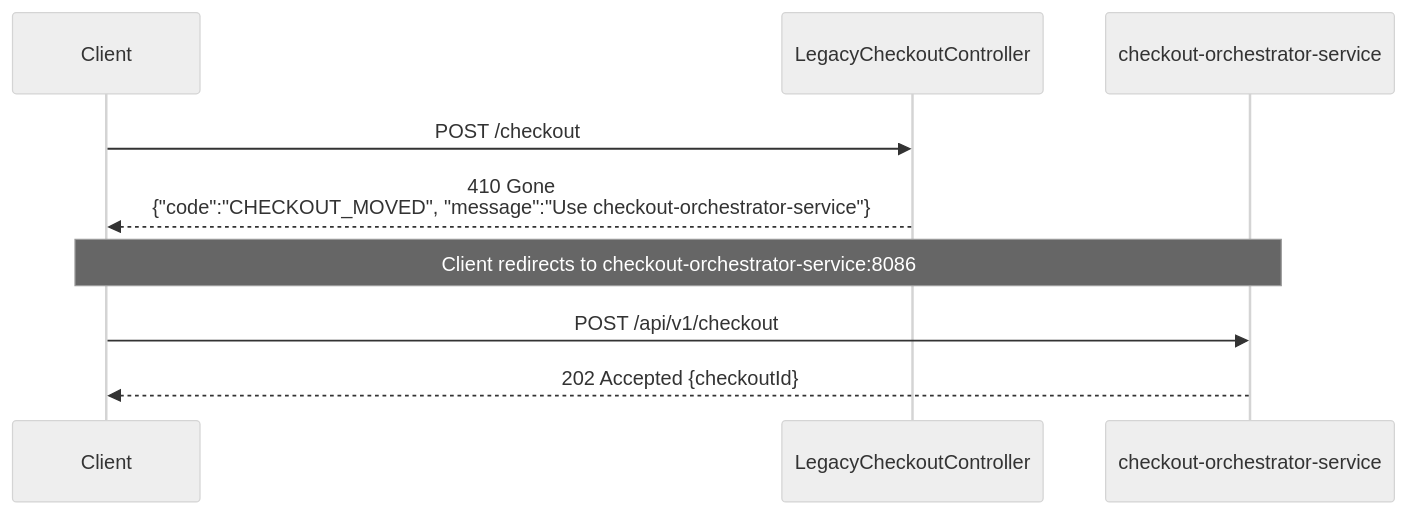
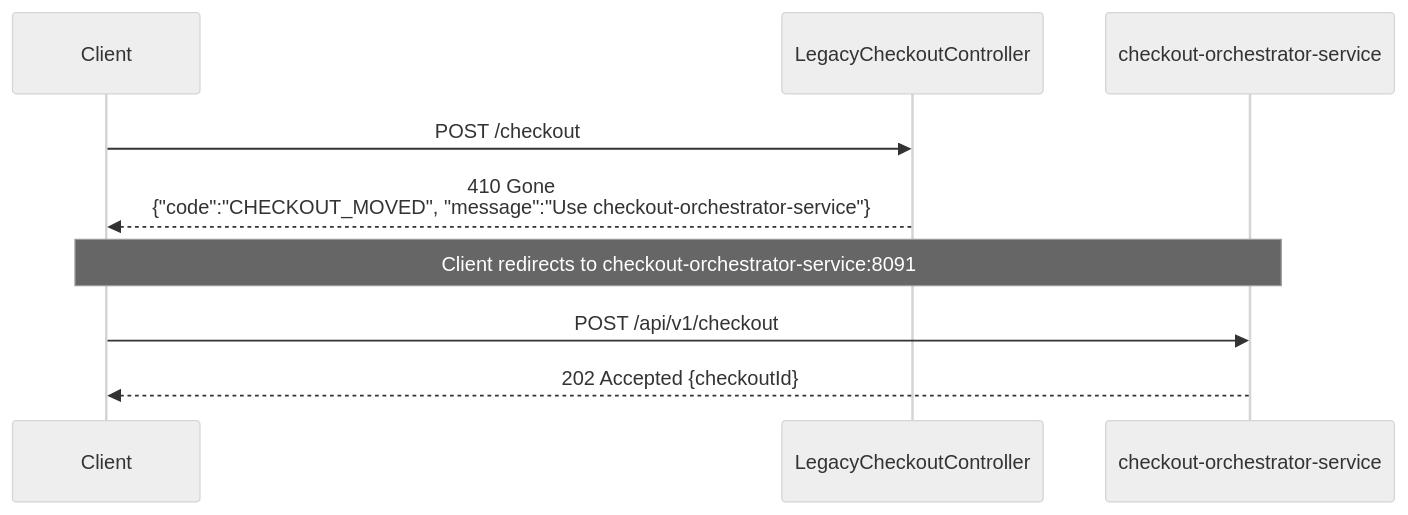
One commit to sunitakeazycommerz-a11y/InstaCommerce changed the fifth of 8 diagrams in services/order-service/README.md. Above: the diagram before and after it, drawn with Mermaid (neutral theme). The commit also changed 124 other files, not shown here.

Commit message:
docs: synchronize root, architecture, ADR, service, and archive docs with codebase truth

````diff
--- a/services/order-service/README.md
+++ b/services/order-service/README.md
@@ -360,12 +360,12 @@
 ```mermaid
 sequenceDiagram
     participant Client
     participant LegacyCheckoutController
     participant CheckoutOrchestrator as checkout-orchestrator-service
 
     Client->>LegacyCheckoutController: POST /checkout
     LegacyCheckoutController-->>Client: 410 Gone<br/>{"code":"CHECKOUT_MOVED", "message":"Use checkout-orchestrator-service"}
-    Note over Client,CheckoutOrchestrator: Client redirects to checkout-orchestrator-service:8086
+    Note over Client,CheckoutOrchestrator: Client redirects to checkout-orchestrator-service:8091
     Client->>CheckoutOrchestrator: POST /api/v1/checkout
     CheckoutOrchestrator-->>Client: 202 Accepted {checkoutId}
 ```
````
